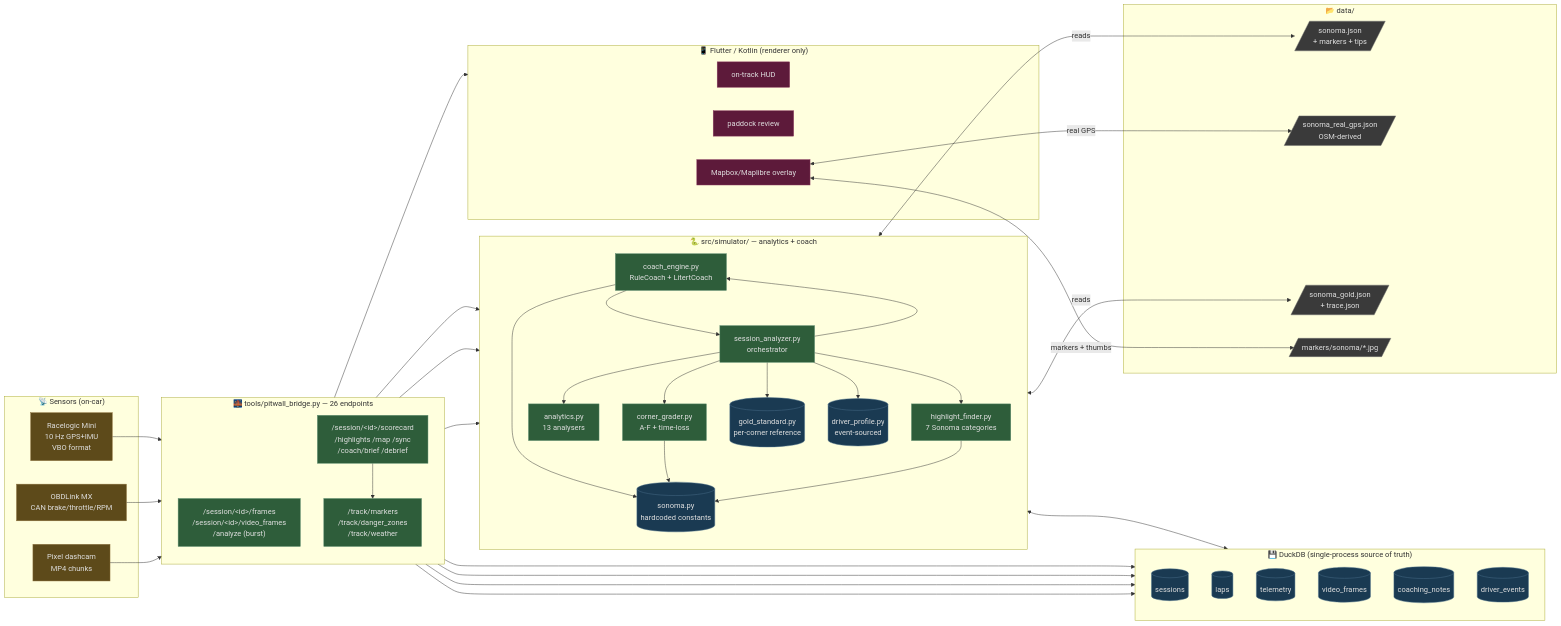
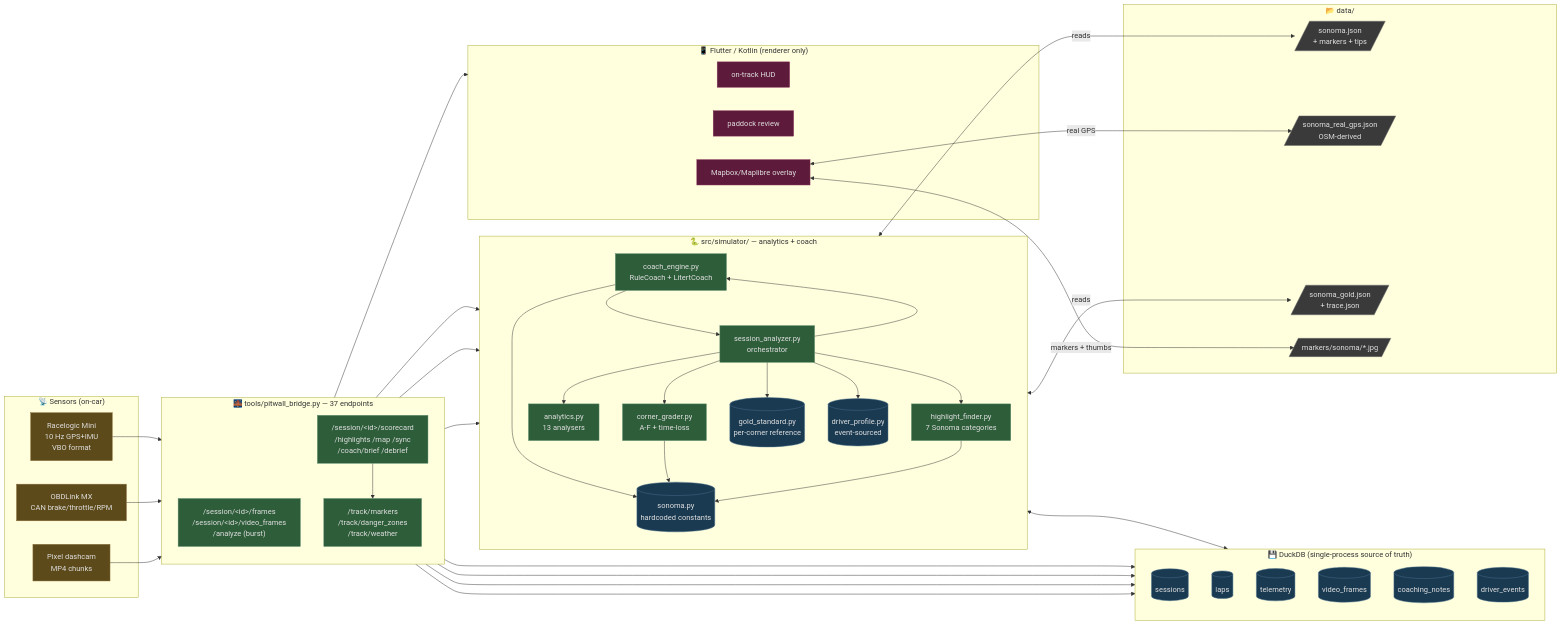
The first of 14 diagrams in docs/internal_architecture.md (mlnomadpy/pitwall), drawn with Mermaid before and after one commit. The commit also changed other lines of this file and 4 other files, not shown here.

Commit message:
new docs and updated architecture with a sink

````diff
--- a/docs/internal_architecture.md
+++ b/docs/internal_architecture.md
@@ -11,82 +11,82 @@
 ```mermaid
 flowchart LR
   subgraph SENSORS["📡 Sensors (on-car)"]
     RL[Racelogic Mini<br/>10 Hz GPS+IMU<br/>VBO format]
     OBD[OBDLink MX<br/>CAN brake/throttle/RPM]
     CAM[Pixel dashcam<br/>MP4 chunks]
   end
 
-  subgraph BRIDGE["🌉 tools/pitwall_bridge.py — 26 endpoints"]
+  subgraph BRIDGE["🌉 tools/pitwall_bridge.py — 37 endpoints"]
     direction TB
     INGEST["/session/&lt;id&gt;/frames<br/>/session/&lt;id&gt;/video_frames<br/>/analyze (burst)"]
     QUERY["/session/&lt;id&gt;/scorecard<br/>/highlights /map /sync<br/>/coach/brief /debrief"]
     META["/track/markers<br/>/track/danger_zones<br/>/track/weather"]
   end
 
   subgraph BACKEND["🐍 src/simulator/ — analytics + coach"]
     direction TB
     SONOMA[(sonoma.py<br/>hardcoded constants)]
     GRADER[corner_grader.py<br/>A-F + time-loss]
     ANALYTICS[analytics.py<br/>13 analysers]
     HIGHLIGHTER[highlight_finder.py<br/>7 Sonoma categories]
     ANALYZER[session_analyzer.py<br/>orchestrator]
     COACH[coach_engine.py<br/>RuleCoach + LitertCoach]
     GOLD[(gold_standard.py<br/>per-corner reference)]
     PROFILE[(driver_profile.py<br/>event-sourced)]
   end
 
   subgraph STORE["💾 DuckDB (single-process source of truth)"]
     direction TB
     T_SESSIONS[(sessions)]
     T_LAPS[(laps)]
     T_FRAMES[(telemetry)]
     T_VIDEO[(video_frames)]
     T_NOTES[(coaching_notes)]
     T_EVENTS[(driver_events)]
   end
 
   subgraph FRONTEND["📱 Flutter / Kotlin (renderer only)"]
     HUD[on-track HUD]
     PADDOCK[paddock review]
     MAP[Mapbox/Maplibre overlay]
   end
 
   subgraph DATA["📂 data/"]
     TRACK_JSON[/sonoma.json<br/>+ markers + tips/]
     REAL_GPS[/sonoma_real_gps.json<br/>OSM-derived/]
     GOLD_REF[/sonoma_gold.json<br/>+ trace.json/]
     THUMBS[/markers/sonoma/*.jpg/]
   end
 
   RL --> INGEST
   OBD --> INGEST
   CAM --> INGEST
   INGEST --> T_FRAMES & T_VIDEO & T_NOTES & T_LAPS
   INGEST --> COACH
   COACH --> SONOMA
   COACH --> ANALYZER
   ANALYZER --> GRADER & ANALYTICS & HIGHLIGHTER & GOLD & PROFILE
   ANALYZER --> COACH
   GRADER --> SONOMA
   HIGHLIGHTER --> SONOMA
   PROFILE <--> T_EVENTS
   GOLD <-- reads --> GOLD_REF
   SONOMA <-- reads --> TRACK_JSON
   QUERY --> ANALYZER
   QUERY --> META
   META --> SONOMA
   QUERY --> FRONTEND
   MAP <-- real GPS --> REAL_GPS
   MAP <-- markers + thumbs --> THUMBS
 
   classDef store fill:#1a3a52,stroke:#4a6e8a,color:#e0e0e0
   classDef code fill:#2e5d3a,stroke:#5a8a6e,color:#e0e0e0
   classDef sensor fill:#5d4a1a,stroke:#8a6e3a,color:#e0e0e0
   classDef ui fill:#5d1a3a,stroke:#8a3a5e,color:#e0e0e0
   classDef data fill:#3a3a3a,stroke:#6e6e6e,color:#e0e0e0
   class T_SESSIONS,T_LAPS,T_FRAMES,T_VIDEO,T_NOTES,T_EVENTS,SONOMA,GOLD,PROFILE store
   class GRADER,ANALYTICS,HIGHLIGHTER,ANALYZER,COACH,INGEST,QUERY,META code
   class RL,OBD,CAM sensor
   class HUD,PADDOCK,MAP ui
   class TRACK_JSON,REAL_GPS,GOLD_REF,THUMBS data
 ```
````
